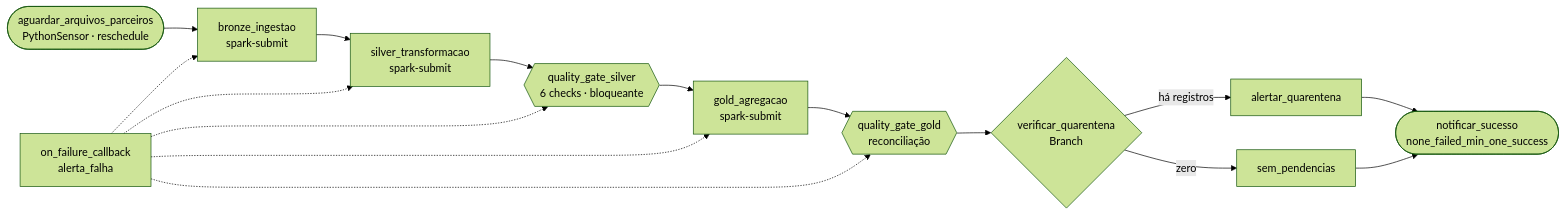
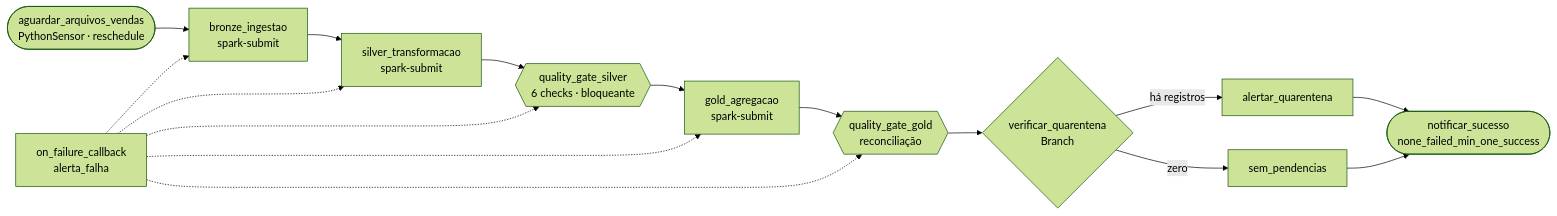
Before and after one commit to bepam/Bigdata-project-dataflow: the second of 2 diagrams in docs/arquitetura.md, drawn with Mermaid (forest theme). The commit also changed other lines of this file and 15 other files, not shown here.

````diff
--- a/docs/arquitetura.md
+++ b/docs/arquitetura.md
@@ -44,14 +44,14 @@
 ```mermaid
 flowchart LR
-    S(["aguardar_arquivos_parceiros<br/>PythonSensor · reschedule"]) --> BR["bronze_ingestao<br/>spark-submit"]
+    S(["aguardar_arquivos_vendas<br/>PythonSensor · reschedule"]) --> BR["bronze_ingestao<br/>spark-submit"]
     BR --> SI["silver_transformacao<br/>spark-submit"]
     SI --> QS{{"quality_gate_silver<br/>6 checks · bloqueante"}}
     QS --> GO["gold_agregacao<br/>spark-submit"]
     GO --> QG{{"quality_gate_gold<br/>reconciliação"}}
     QG --> BRANCH{"verificar_quarentena<br/>Branch"}
     BRANCH -- "há registros" --> AL["alertar_quarentena"]
     BRANCH -- "zero" --> OK["sem_pendencias"]
     AL & OK --> N(["notificar_sucesso<br/>none_failed_min_one_success"])
 
     X["on_failure_callback<br/>alerta_falha"] -.-> BR & SI & QS & GO & QG
 ```
````
